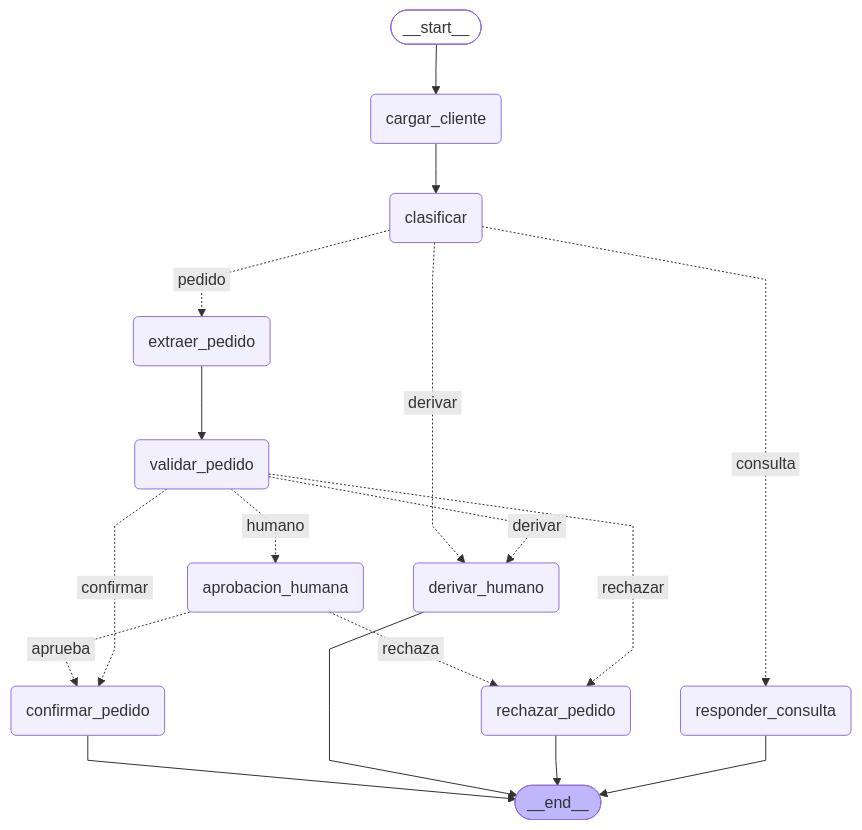
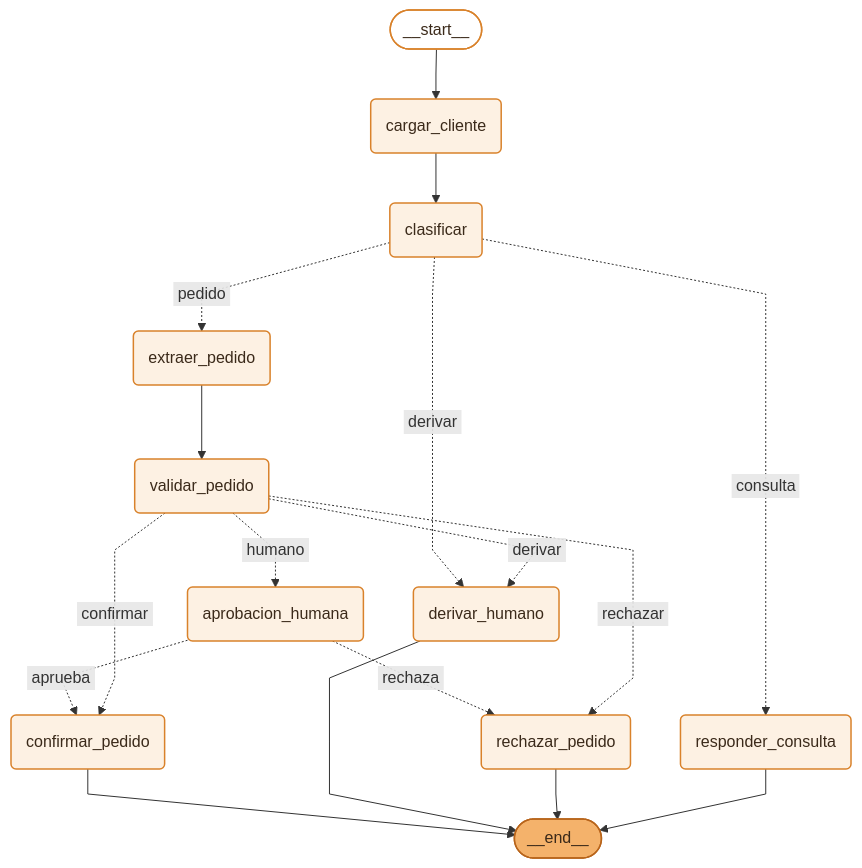
One commit to Aiello-M/AI-Engineering_Desafio1_Mesa-de-Pedidos changed the diagram in README.md. Above: the diagram before and after it, drawn with Mermaid. The commit also changed other lines of this file and 1 other file, not shown here.

````diff
--- a/README.md
+++ b/README.md
@@ -105,38 +130,38 @@
 ```mermaid
 ---
 config:
   flowchart:
     curve: linear
 ---
 graph TD;
 	__start__([<p>__start__</p>]):::first
 	cargar_cliente(cargar_cliente)
 	clasificar(clasificar)
 	responder_consulta(responder_consulta)
 	extraer_pedido(extraer_pedido)
 	validar_pedido(validar_pedido)
 	aprobacion_humana(aprobacion_humana)
 	confirmar_pedido(confirmar_pedido)
 	rechazar_pedido(rechazar_pedido)
 	derivar_humano(derivar_humano)
 	__end__([<p>__end__</p>]):::last
 	__start__ --> cargar_cliente;
 	aprobacion_humana -. &nbsp;aprueba&nbsp; .-> confirmar_pedido;
 	aprobacion_humana -. &nbsp;rechaza&nbsp; .-> rechazar_pedido;
 	cargar_cliente --> clasificar;
 	clasificar -. &nbsp;derivar&nbsp; .-> derivar_humano;
 	clasificar -. &nbsp;pedido&nbsp; .-> extraer_pedido;
 	clasificar -. &nbsp;consulta&nbsp; .-> responder_consulta;
 	extraer_pedido --> validar_pedido;
 	validar_pedido -. &nbsp;humano&nbsp; .-> aprobacion_humana;
 	validar_pedido -. &nbsp;confirmar&nbsp; .-> confirmar_pedido;
 	validar_pedido -. &nbsp;derivar&nbsp; .-> derivar_humano;
 	validar_pedido -. &nbsp;rechazar&nbsp; .-> rechazar_pedido;
 	confirmar_pedido --> __end__;
 	derivar_humano --> __end__;
 	rechazar_pedido --> __end__;
 	responder_consulta --> __end__;
-	classDef default fill:#f2f0ff,line-height:1.2
-	classDef first fill-opacity:0
-	classDef last fill:#bfb6fc
+	classDef default fill:#fdf1e3,stroke:#d9822b,stroke-width:1.5px,color:#3b2a1a
+	classDef first fill:#ffffff,stroke:#d9822b,color:#3b2a1a
+	classDef last fill:#f4b26b,stroke:#b8641a,color:#3b2a1a
 ```
````
